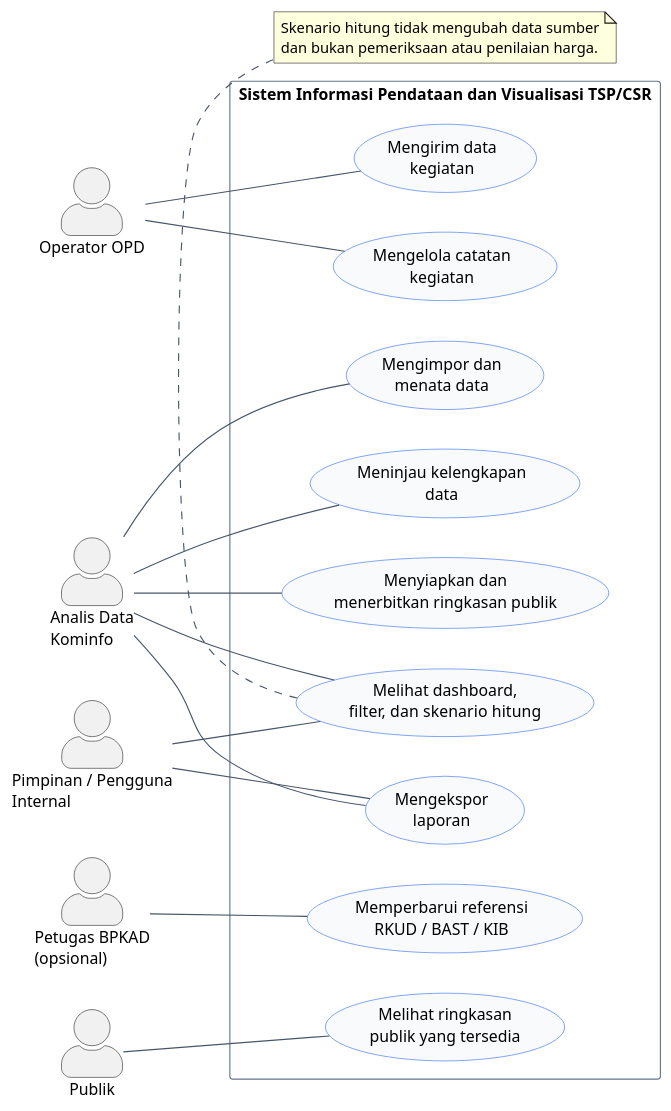
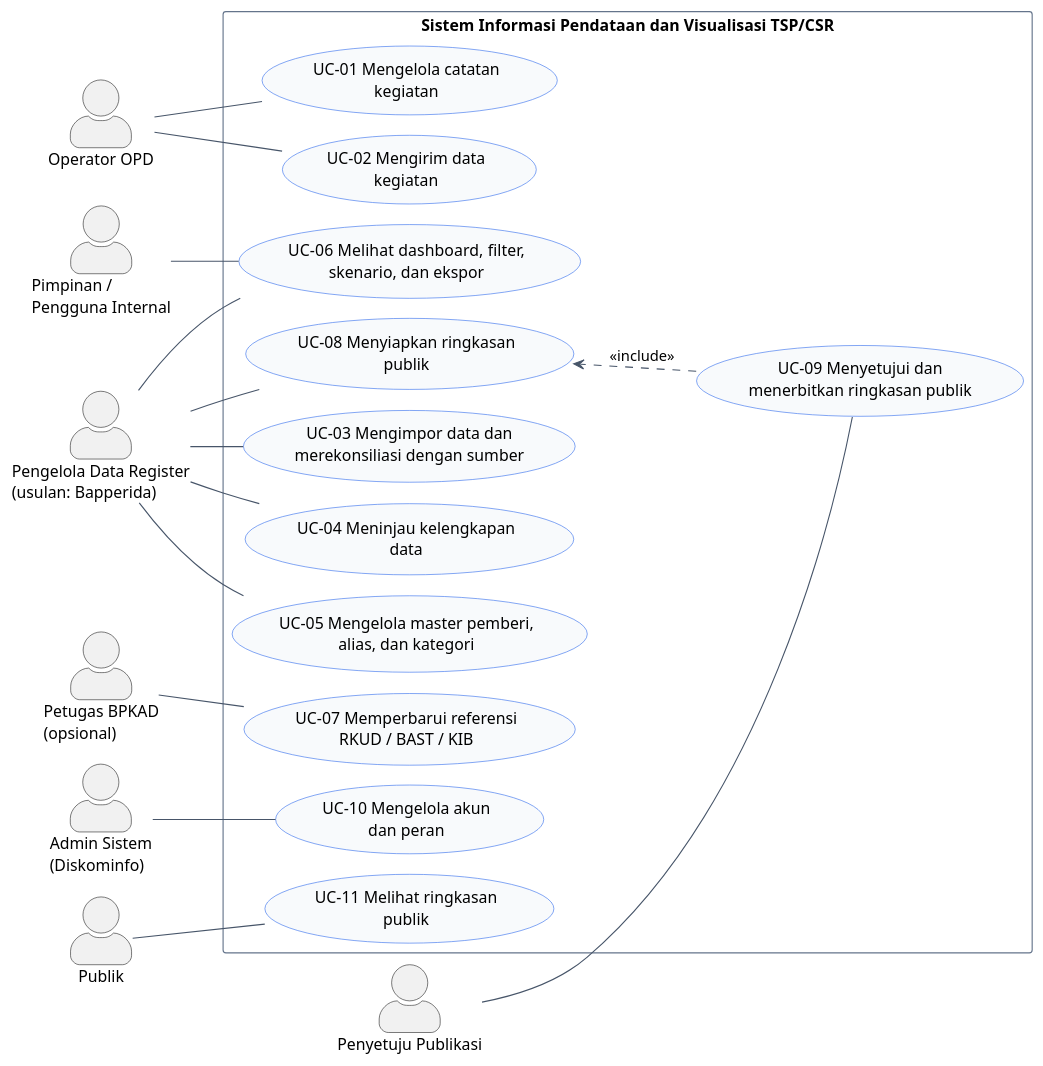
The diagram in dokumen/use_case_tsp_csr.puml (arifdwis/csr), drawn with PlantUML before and after one commit. The commit also changed 7 other files, not shown here.

First line of the commit message:
docs: perbarui SRS ke v0.2, diagram use case, dan ERD

```diff
--- a/dokumen/use_case_tsp_csr.puml
+++ b/dokumen/use_case_tsp_csr.puml
@@ -1,51 +1,55 @@
 @startuml
+!pragma layout smetana
 left to right direction
 skinparam shadowing false
 skinparam packageStyle rectangle
 skinparam actorStyle awesome
+skinparam defaultFontName Helvetica
 skinparam usecase {
   BackgroundColor #F8FAFC
   BorderColor #2563EB
   ArrowColor #475569
 }
 skinparam rectangle {
   BorderColor #64748B
   BackgroundColor #FFFFFF
 }
 
 actor "Operator OPD" as OPD
-actor "Analis Data\nKominfo" as KOMINFO
+actor "Pengelola Data Register\n(usulan: Bapperida)" as PENGELOLA
 actor "Petugas BPKAD\n(opsional)" as BPKAD
-actor "Pimpinan / Pengguna\nInternal" as PIMPINAN
+actor "Pimpinan /\nPengguna Internal" as PIMPINAN
+actor "Penyetuju Publikasi" as PENYETUJU
+actor "Admin Sistem\n(Diskominfo)" as ADMIN
 actor "Publik" as PUBLIK
 
 rectangle "Sistem Informasi Pendataan dan Visualisasi TSP/CSR" {
-  usecase "Mengelola catatan\nkegiatan" as UC1
-  usecase "Mengirim data\nkegiatan" as UC2
-  usecase "Mengimpor dan\nmenata data" as UC3
-  usecase "Meninjau kelengkapan\ndata" as UC4
-  usecase "Melihat dashboard,\nfilter, dan skenario hitung" as UC5
-  usecase "Mengekspor\nlaporan" as UC6
-  usecase "Memperbarui referensi\nRKUD / BAST / KIB" as UC7
-  usecase "Menyiapkan dan\nmenerbitkan ringkasan publik" as UC8
-  usecase "Melihat ringkasan\npublik yang tersedia" as UC9
+  usecase "UC-01 Mengelola catatan\nkegiatan" as UC1
+  usecase "UC-02 Mengirim data\nkegiatan" as UC2
+  usecase "UC-03 Mengimpor data dan\nmerekonsiliasi dengan sumber" as UC3
+  usecase "UC-04 Meninjau kelengkapan\ndata" as UC4
+  usecase "UC-05 Mengelola master pemberi,\nalias, dan kategori" as UC5
+  usecase "UC-06 Melihat dashboard, filter,\nskenario, dan ekspor" as UC6
+  usecase "UC-07 Memperbarui referensi\nRKUD / BAST / KIB" as UC7
+  usecase "UC-08 Menyiapkan ringkasan\npublik" as UC8
+  usecase "UC-09 Menyetujui dan\nmenerbitkan ringkasan publik" as UC9
+  usecase "UC-10 Mengelola akun\ndan peran" as UC10
+  usecase "UC-11 Melihat ringkasan\npublik" as UC11
 }
 
 OPD -- UC1
 OPD -- UC2
-KOMINFO -- UC3
-KOMINFO -- UC4
-KOMINFO -- UC5
-KOMINFO -- UC6
+PENGELOLA -- UC3
+PENGELOLA -- UC4
+PENGELOLA -- UC5
+PENGELOLA -- UC6
+PENGELOLA -- UC8
+UC8 -[hidden]- UC9
 BPKAD -- UC7
-PIMPINAN -- UC5
 PIMPINAN -- UC6
-KOMINFO -- UC8
-PUBLIK -- UC9
-
-note bottom of UC5
-Skenario hitung tidak mengubah data sumber
-dan bukan pemeriksaan atau penilaian harga.
-end note
+PENYETUJU -- UC9
+ADMIN -- UC10
+PUBLIK -- UC11
+UC9 ..> UC8 : <<include>>
 
 @enduml
```
